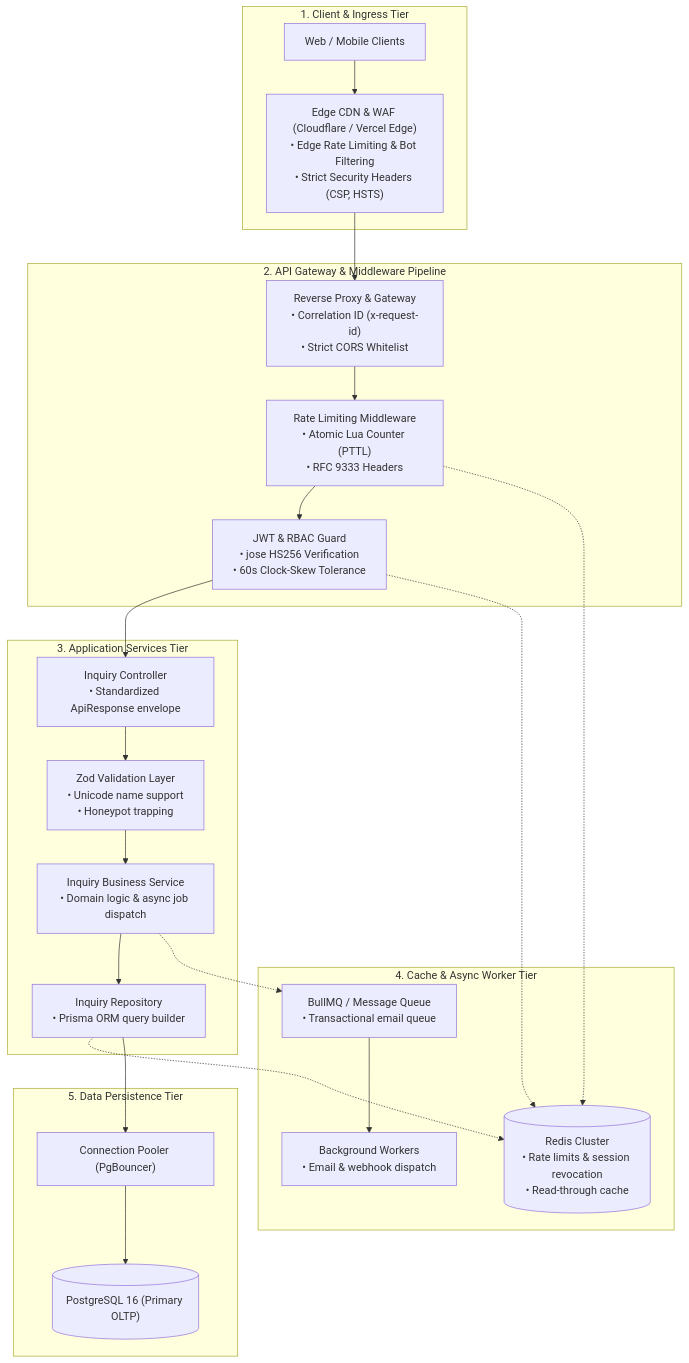
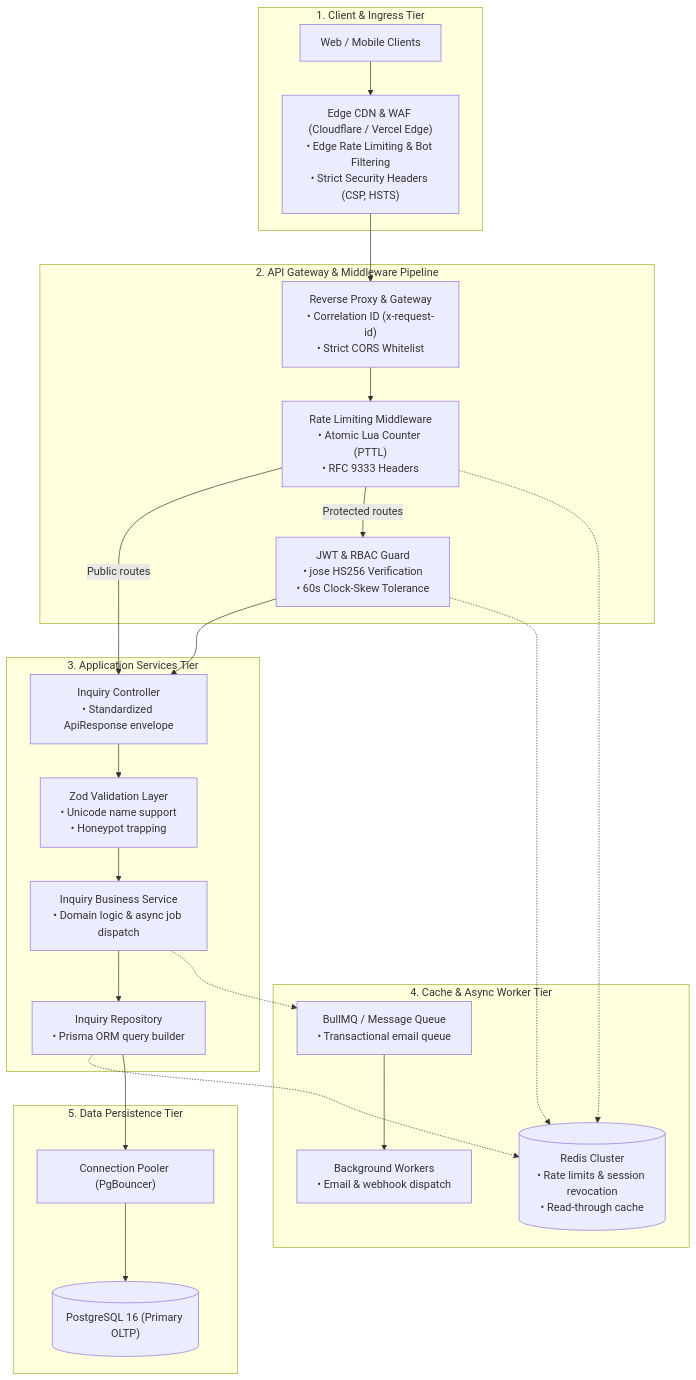
One commit to SOULShri/cynbit-backend-audit changed the diagram in docs/06-recommendations.md. Above: the diagram before and after it, drawn with Mermaid. The commit also changed other lines of this file and 12 other files, not shown here.

Commit message:
fix: evidence accuracy, Redis cache adapters, diagram consistency, and mobile UX

````diff
--- a/docs/06-recommendations.md
+++ b/docs/06-recommendations.md
@@ -13,33 +13,36 @@
 ```mermaid
 graph TB
     subgraph Client_Layer ["1. Client & Ingress Tier"]
         Client["Web / Mobile Clients"]
         EdgeWAF["Edge CDN & WAF (Cloudflare / Vercel Edge)<br/>• Edge Rate Limiting & Bot Filtering<br/>• Strict Security Headers (CSP, HSTS)"]
     end
     subgraph Gateway_Layer ["2. API Gateway & Middleware Pipeline"]
         Gateway["Reverse Proxy & Gateway<br/>• Correlation ID (x-request-id)<br/>• Strict CORS Whitelist"]
         RateLimit["Rate Limiting Middleware<br/>• Atomic Lua Counter (PTTL)<br/>• RFC 9333 Headers"]
         AuthGuard["JWT & RBAC Guard<br/>• jose HS256 Verification<br/>• 60s Clock-Skew Tolerance"]
     end
     subgraph App_Layer ["3. Application Services Tier"]
         Controller["Inquiry Controller<br/>• Standardized ApiResponse envelope"]
         Validation["Zod Validation Layer<br/>• Unicode name support<br/>• Honeypot trapping"]
         Service["Inquiry Business Service<br/>• Domain logic & async job dispatch"]
         Repository["Inquiry Repository<br/>• Prisma ORM query builder"]
     end
     subgraph Cache_Queue ["4. Cache & Async Worker Tier"]
         Redis[("Redis Cluster<br/>• Rate limits & session revocation<br/>• Read-through cache")]
         BullMQ["BullMQ / Message Queue<br/>• Transactional email queue"]
         Workers["Background Workers<br/>• Email & webhook dispatch"]
     end
     subgraph Persistence_Layer ["5. Data Persistence Tier"]
         PgBouncer["Connection Pooler (PgBouncer)"]
         Postgres[("PostgreSQL 16 (Primary OLTP)")]
     end
-    Client --> EdgeWAF --> Gateway --> RateLimit --> AuthGuard --> Controller --> Validation --> Service --> Repository
+    Client --> EdgeWAF --> Gateway --> RateLimit
+    RateLimit -->|"Public routes"| Controller
+    RateLimit -->|"Protected routes"| AuthGuard --> Controller
+    Controller --> Validation --> Service --> Repository
     RateLimit -.-> Redis
     AuthGuard -.-> Redis
     Repository -.-> Redis
     Service -.-> BullMQ --> Workers
     Repository --> PgBouncer --> Postgres
 ```
````
